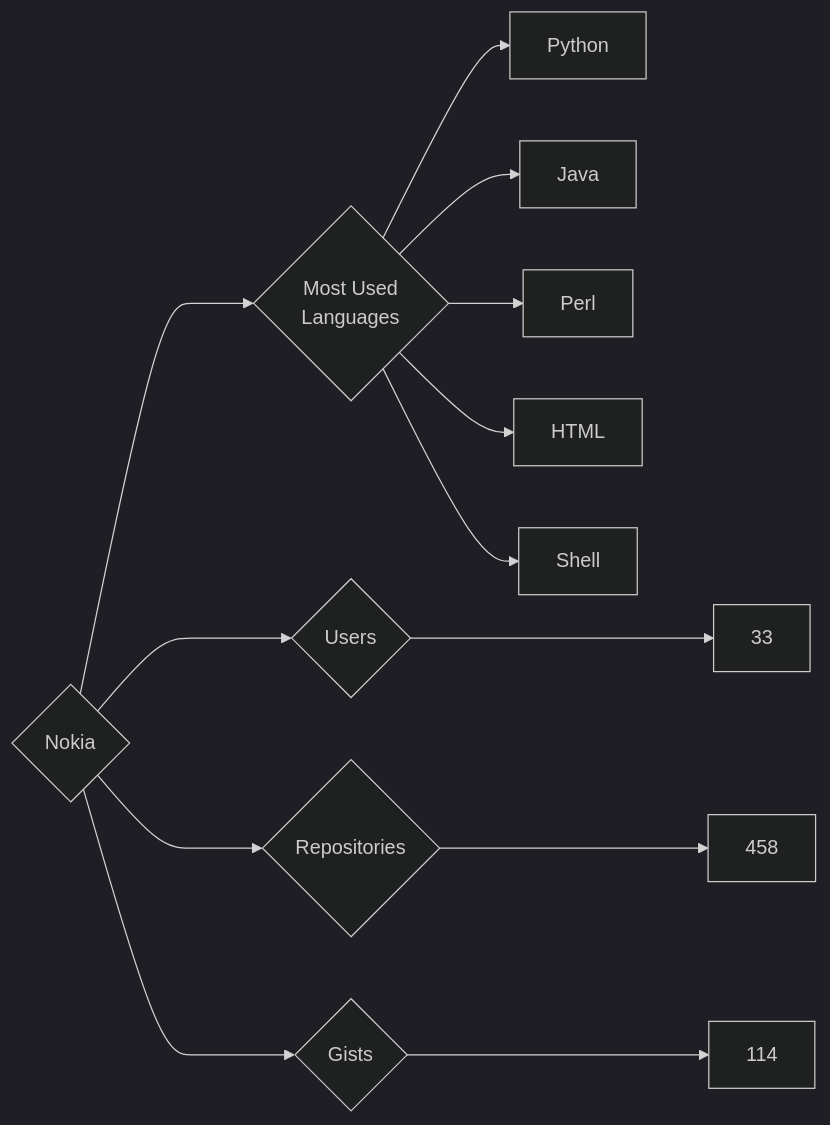
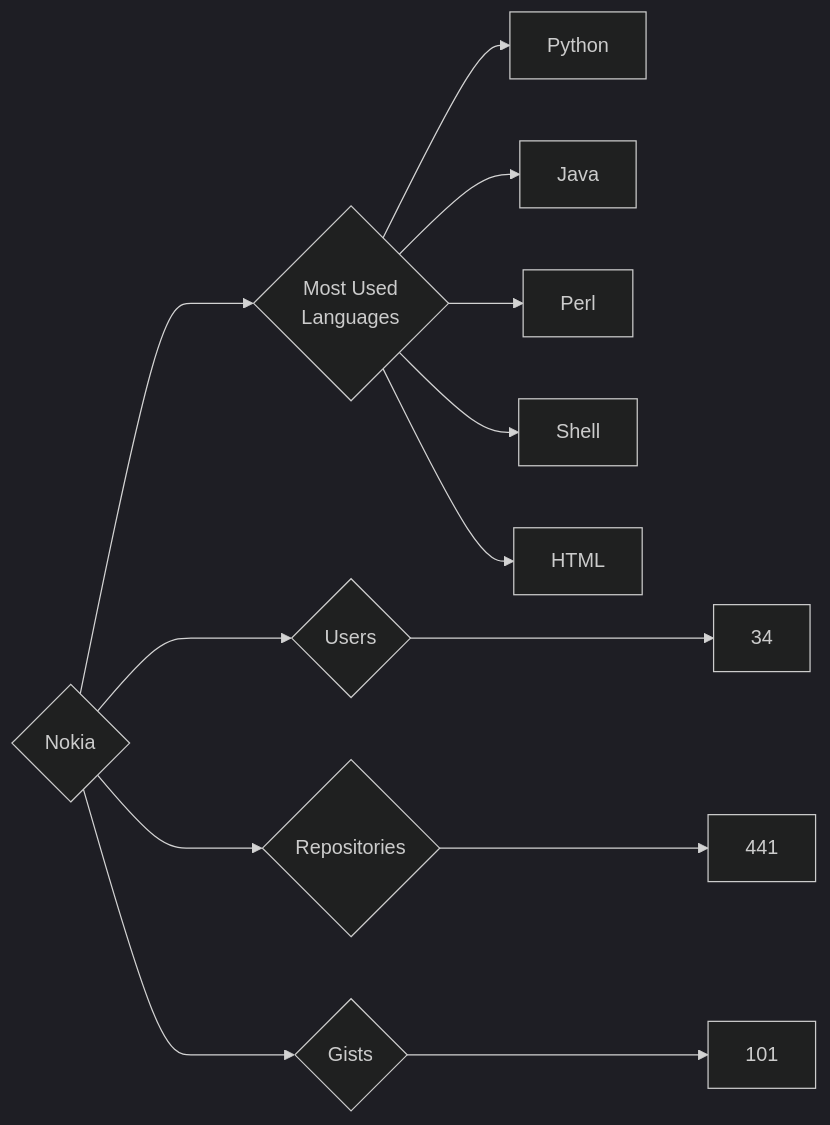
Before and after one commit to trickest/insiders: the diagram in targets/Nokia/README.md, drawn with Mermaid (dark theme). The commit also changed 728 other files, not shown here.

````diff
--- a/targets/Nokia/README.md
+++ b/targets/Nokia/README.md
@@ -3,13 +3,13 @@
 ```mermaid
 graph LR
 COMPANY_NAME{Nokia}
-COMPANY_NAME ---> U{Users} ---> UN[33]
-COMPANY_NAME ---> R{Repositories} ---> RN[458]
-COMPANY_NAME ---> G{Gists} ---> GN[114]
+COMPANY_NAME ---> U{Users} ---> UN[34]
+COMPANY_NAME ---> R{Repositories} ---> RN[441]
+COMPANY_NAME ---> G{Gists} ---> GN[101]
 COMPANY_NAME ---> ML{Most Used<br>Languages}
 ML --> Python[Python]
 ML --> Java[Java]
 ML --> Perl[Perl]
+ML --> Shell[Shell]
 ML --> HTML[HTML]
-ML --> Shell[Shell]
 ```
````
